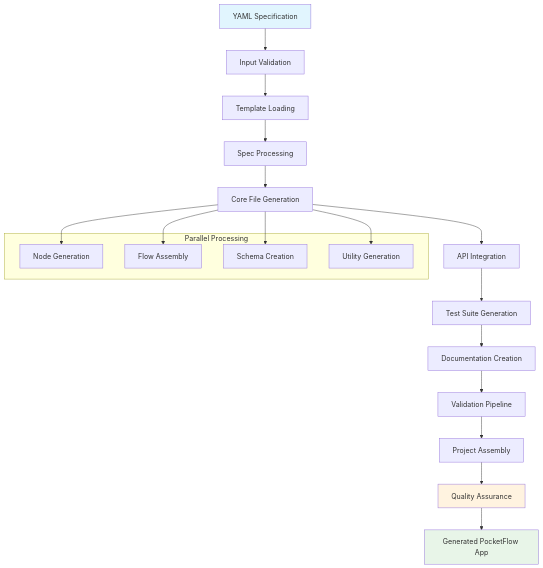
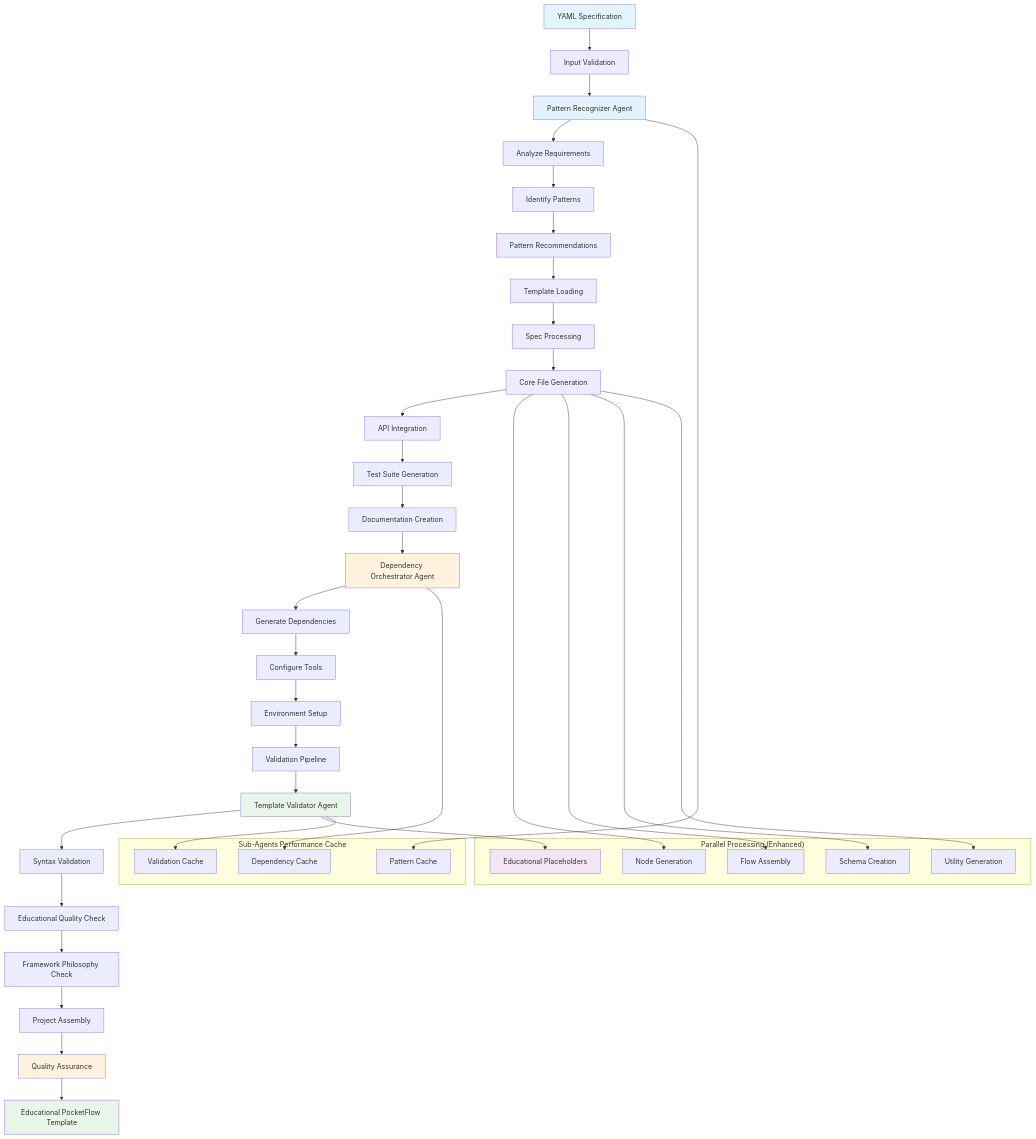
The first of 22 diagrams in docs/architecture/generator-workflow.md (pickleton89/agent-os-pocketflow), drawn with Mermaid before and after one commit. The commit also changed other lines of this file and 2 other files, not shown here.

First line of the commit message:
📊 Update architecture diagrams - Sub-Agents system integration

````diff
--- a/docs/architecture/generator-workflow.md
+++ b/docs/architecture/generator-workflow.md
@@ -11,30 +13,58 @@
 ```mermaid
 flowchart TD
     A[YAML Specification] --> B[Input Validation]
-    B --> C[Template Loading]
+    B --> PR[Pattern Recognizer Agent]
+    PR --> PR1[Analyze Requirements]
+    PR1 --> PR2[Identify Patterns]
+    PR2 --> PR3[Pattern Recommendations]
+    PR3 --> C[Template Loading]
     C --> D[Spec Processing]
     D --> E[Core File Generation]
     E --> F[API Integration]
     F --> G[Test Suite Generation]
     G --> H[Documentation Creation]
-    H --> I[Validation Pipeline]
-    I --> J[Project Assembly]
+    H --> DO[Dependency Orchestrator Agent]
+    DO --> DO1[Generate Dependencies]
+    DO1 --> DO2[Configure Tools]
+    DO2 --> DO3[Environment Setup]
+    DO3 --> I[Validation Pipeline]
+    I --> TV[Template Validator Agent]
+    TV --> TV1[Syntax Validation]
+    TV1 --> TV2[Educational Quality Check]
+    TV2 --> TV3[Framework Philosophy Check]
+    TV3 --> J[Project Assembly]
     J --> K[Quality Assurance]
-    K --> L[Generated PocketFlow App]
+    K --> L[Educational PocketFlow Template]
     
-    subgraph "Parallel Processing"
+    subgraph "Parallel Processing (Enhanced)"
         M[Node Generation]
         N[Flow Assembly]
         O[Schema Creation]
         P[Utility Generation]
+        Q[Educational Placeholders]
     end
     
     E --> M
     E --> N
     E --> O
     E --> P
+    TV --> Q
+    
+    subgraph "Sub-Agents Performance Cache"
+        PC[Pattern Cache]
+        DC[Dependency Cache]
+        VC[Validation Cache]
+    end
+    
+    PR --> PC
+    DO --> DC
+    TV --> VC
     
     style A fill:#e1f5fe
     style L fill:#e8f5e8
     style K fill:#fff3e0
+    style PR fill:#e3f2fd
+    style TV fill:#e8f5e8
+    style DO fill:#fff3e0
+    style Q fill:#f3e5f5
 ```
````
